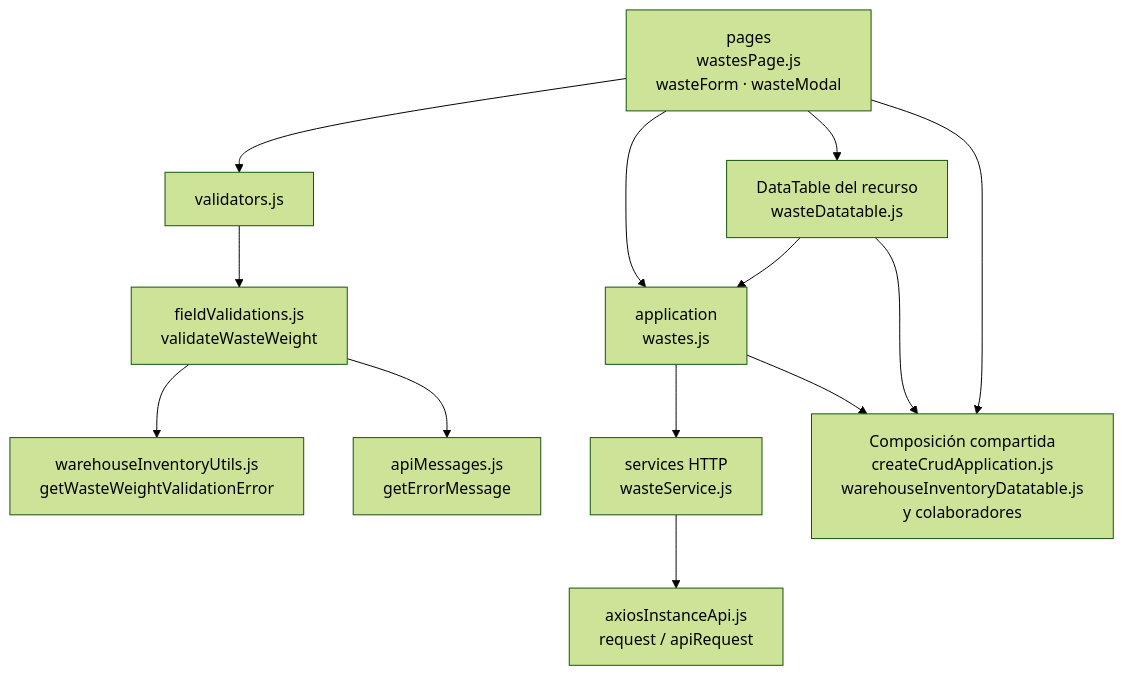
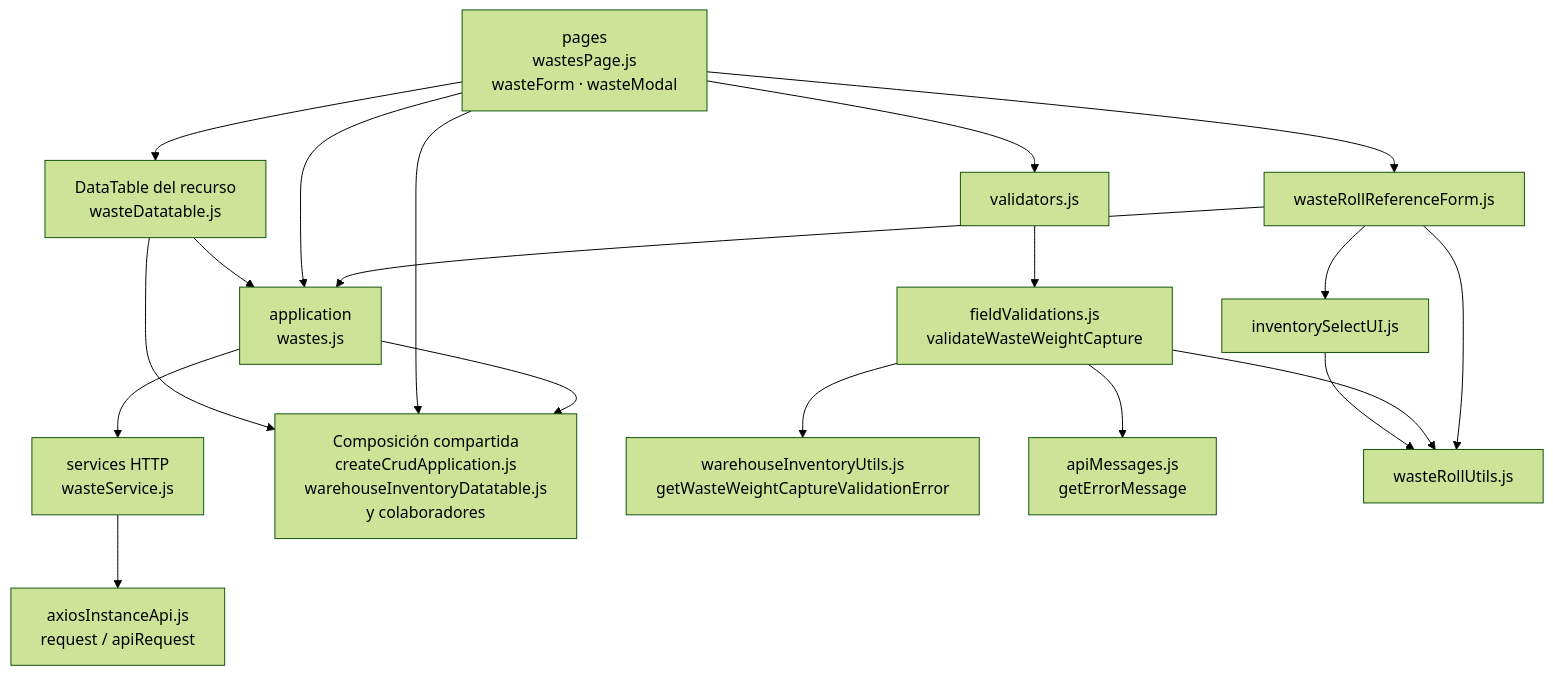
One commit to gpgsistemas01/nexus changed the diagram in docs/architecture/views/development/frontend-technical-documentation/11-wastes-code.md. Above: the diagram before and after it, drawn with Mermaid (forest theme). The commit also changed other lines of this file and 87 other files, not shown here.

Commit message:
Capture waste roll weights and supplier references with stock-aware identity

````diff
--- a/docs/architecture/views/development/frontend-technical-documentation/11-wastes-code.md
+++ b/docs/architecture/views/development/frontend-technical-documentation/11-wastes-code.md
@@ -7,25 +7,34 @@
 ```mermaid
 flowchart TB
     P["pages<br/>wastesPage.js<br/>wasteForm · wasteModal"]
     A["application<br/>wastes.js"]
     R["services HTTP<br/>wasteService.js"]
     T["DataTable del recurso<br/>wasteDatatable.js"]
     U["Composición compartida<br/>createCrudApplication.js<br/>warehouseInventoryDatatable.js<br/>y colaboradores"]
     Validation["validators.js"]
-    FieldValidation["fieldValidations.js<br/>validateWasteWeight"]
-    WeightRule["warehouseInventoryUtils.js<br/>getWasteWeightValidationError"]
+    FieldValidation["fieldValidations.js<br/>validateWasteWeightCapture"]
+    WeightRule["warehouseInventoryUtils.js<br/>getWasteWeightCaptureValidationError"]
     Messages["apiMessages.js<br/>getErrorMessage"]
     H["axiosInstanceApi.js<br/>request / apiRequest"]
+    ReferenceForm["wasteRollReferenceForm.js"]
+    Roll["wasteRollUtils.js"]
+    InventoryUI["inventorySelectUI.js"]
+    P --> ReferenceForm
+    ReferenceForm --> A
+    ReferenceForm --> Roll
+    ReferenceForm --> InventoryUI
+    FieldValidation --> Roll
+    InventoryUI --> Roll
     A --> R
     A --> U
     P --> Validation
     Validation --> FieldValidation
     FieldValidation --> WeightRule
     FieldValidation --> Messages
     P --> A
     P --> T
     P --> U
     R --> H
     T --> A
     T --> U
 ```
````
